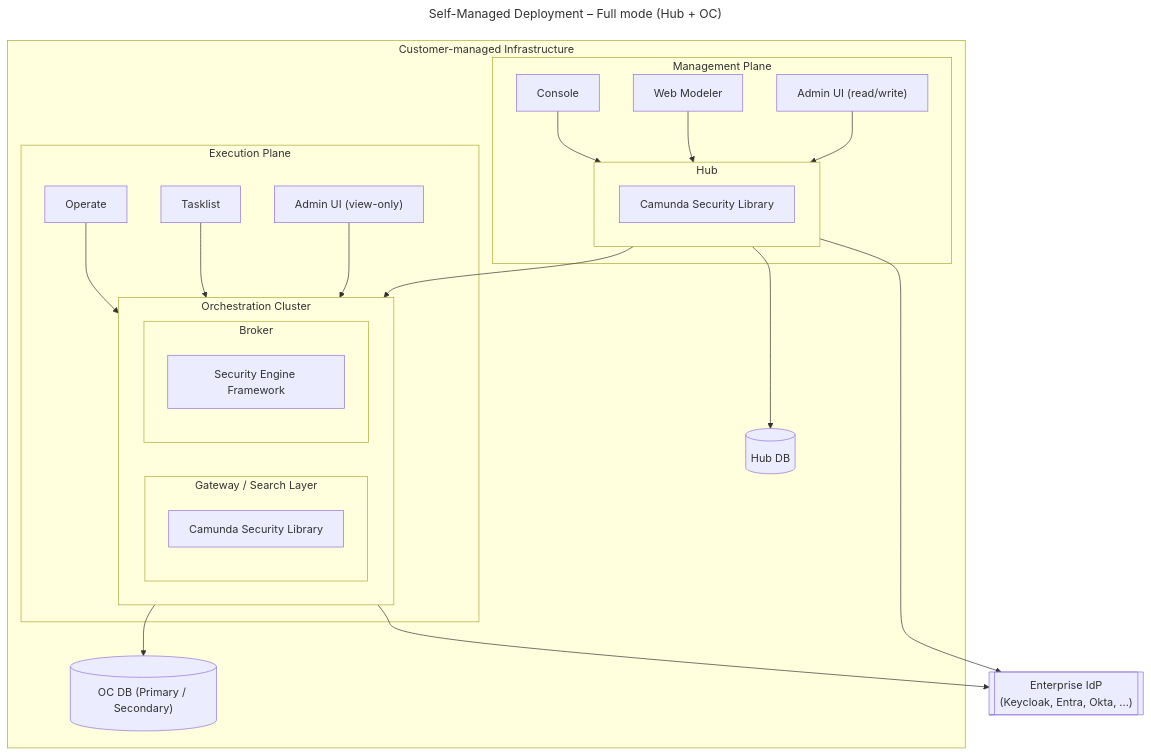
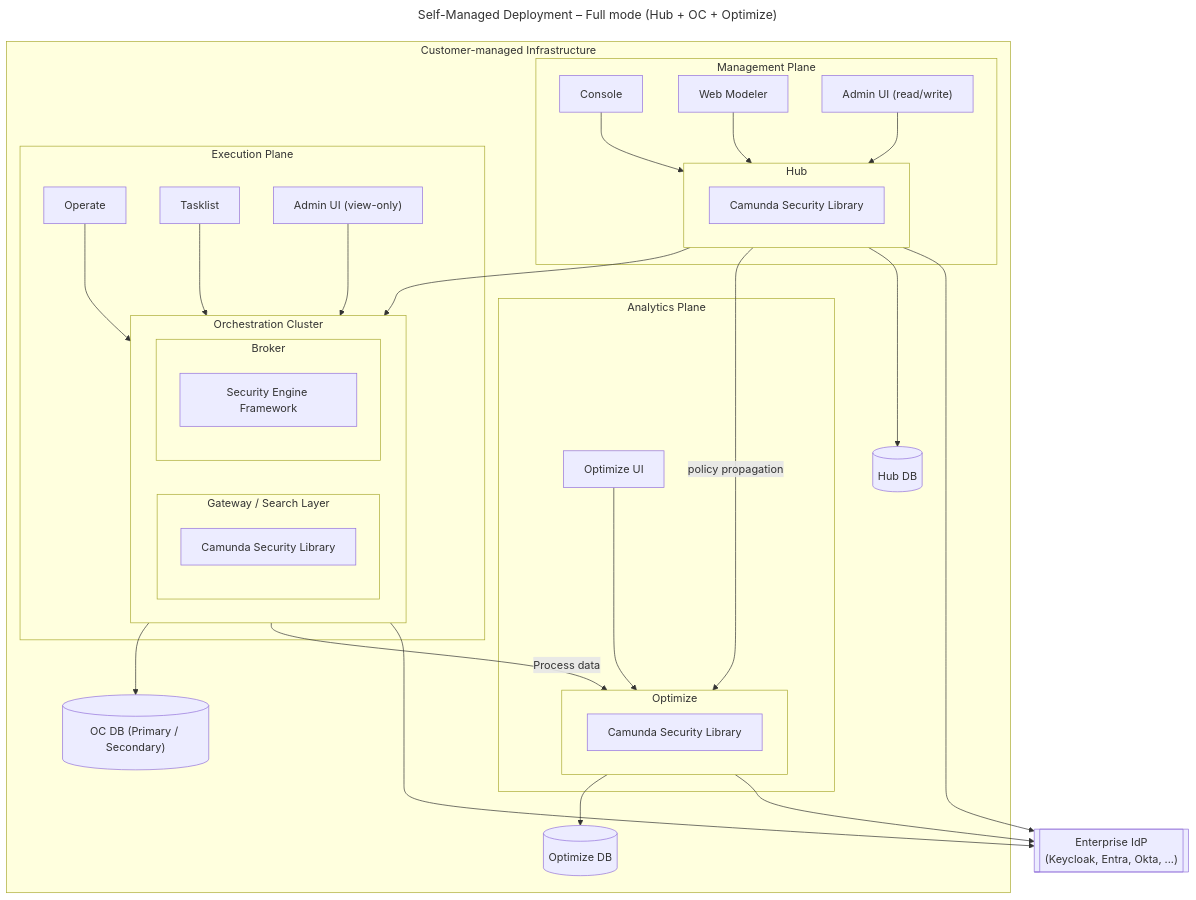
One commit to camunda/camunda-security-library changed diagram 18 of 20 in docs/architecture_docs.md. Above: the diagram before and after it, drawn with Mermaid. The commit also changed other lines of this file and 1 other file, not shown here.

First line of the commit message:
docs: address open review checklist items on architecture_docs (#426)

````diff
--- a/docs/architecture_docs.md
+++ b/docs/architecture_docs.md
@@ -1493,47 +1420,61 @@
 ```mermaid
 ---
-title: Self-Managed Deployment – Full mode (Hub + OC)
+title: Self-Managed Deployment – Full mode (Hub + OC + Optimize)
 ---
 flowchart TB
   subgraph Customer["Customer-managed Infrastructure"]
     subgraph MgmtPlane["Management Plane"]
       Console["Console"]
       WebModeler["Web Modeler"]
       AdminHub["Admin UI (read/write)"]
 
       subgraph Hub["Hub"]
         SecGatHub["Camunda Security Library"]
       end
 
       Console & WebModeler & AdminHub --> Hub
     end
 
     subgraph Execution["Execution Plane"]
       Operate["Operate"]
       Tasklist["Tasklist"]
       AdminOC["Admin UI (view-only)"]
 
       subgraph OC["Orchestration Cluster"]
         subgraph GatewayLayer["Gateway / Search Layer"]
           SecGatOC["Camunda Security Library"]
         end
 
         subgraph Broker1["Broker"]
           SecEngFrame1["Security Engine Framework"]
         end
       end
 
       Operate & Tasklist & AdminOC --> OC
     end
 
+    subgraph Analytics["Analytics Plane"]
+      OptimizeUI["Optimize UI"]
+
+      subgraph OptimizeApp["Optimize"]
+        SecGatOpt["Camunda Security Library"]
+      end
+
+      OptimizeUI --> OptimizeApp
+    end
+
     HubDB[("Hub DB")]
     OCDB[("OC DB (Primary / Secondary)")]
+    OptDB[("Optimize DB")]
 
     Hub --> OC
+    Hub -->|"policy propagation"| OptimizeApp
     Hub --> HubDB
     OC --> OCDB
+    OptimizeApp --> OptDB
+    OC -->|"Process data"| OptimizeApp
   end
 
   EnterpriseIdP[["Enterprise IdP</br>(Keycloak, Entra, Okta, ...)"]]
-  Hub & OC --> EnterpriseIdP
+  Hub & OC & OptimizeApp --> EnterpriseIdP
 ```
````
